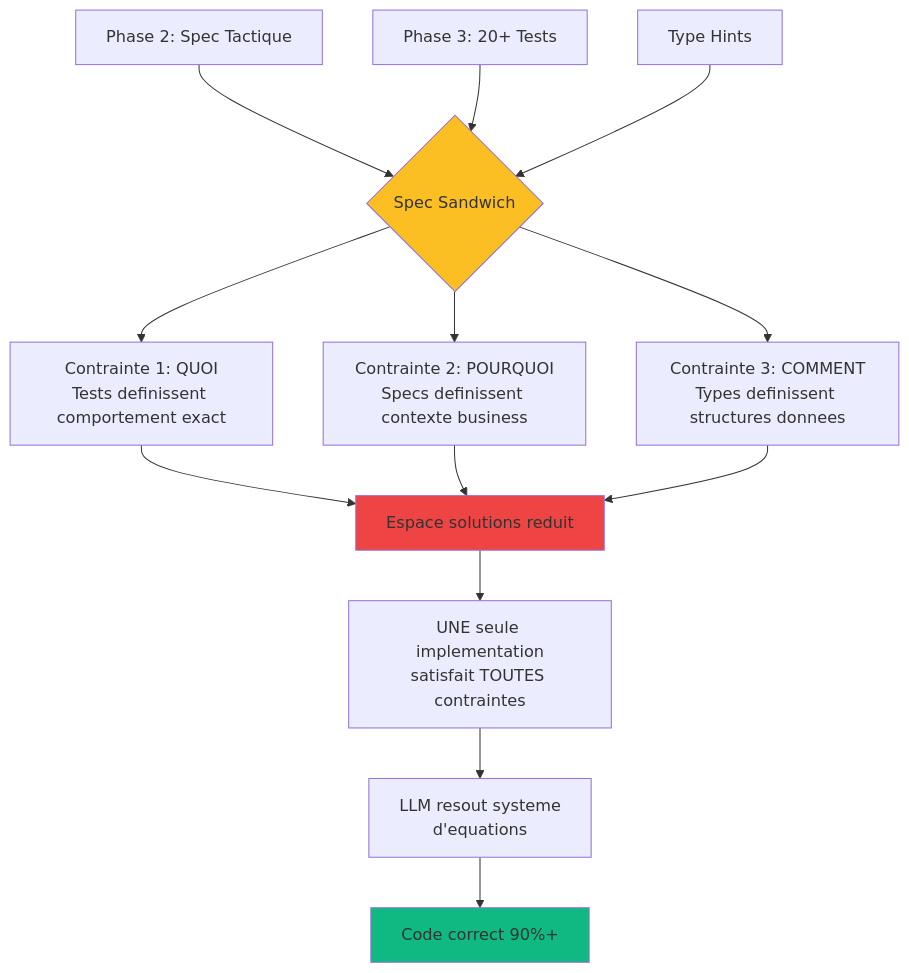
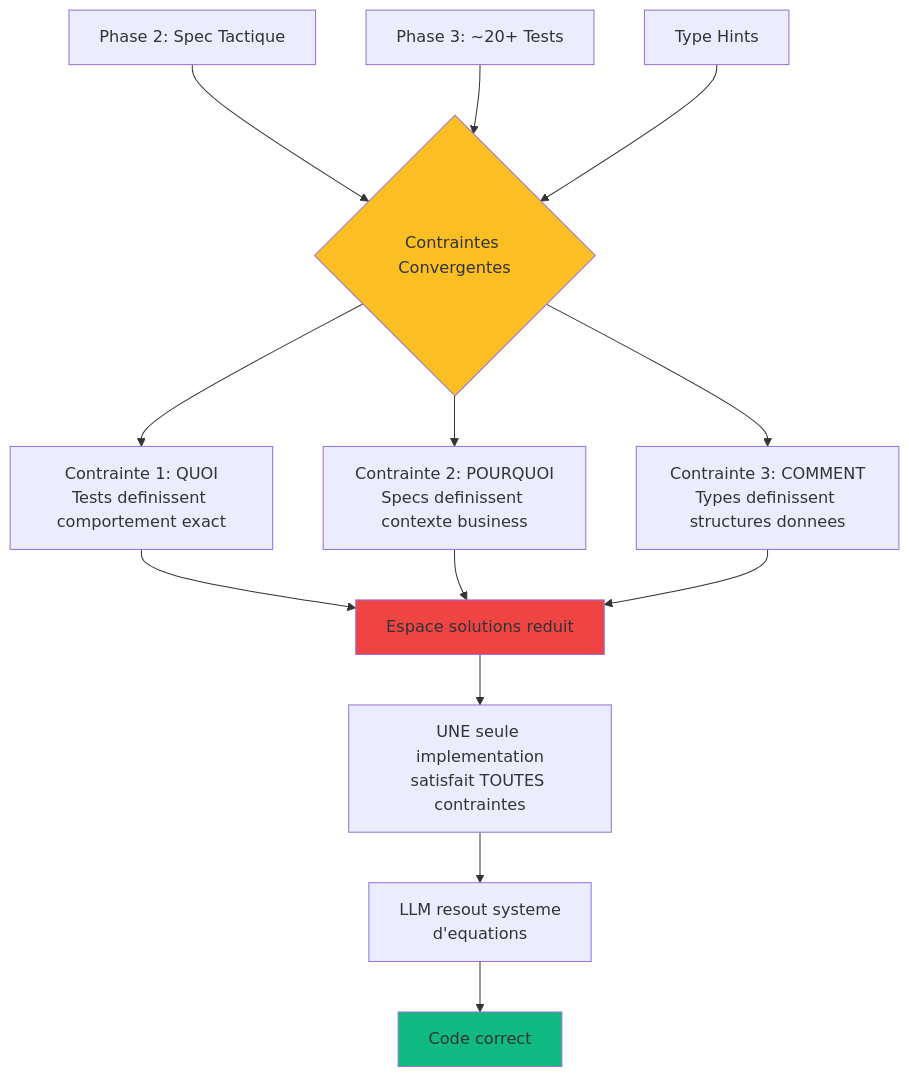
The diagram in src/content/docs/fr/phase4-tdd-green.md (dc2method/dc2-website), drawn with Mermaid before and after one commit. The commit also changed other lines of this file and 63 other files, not shown here.

````diff
--- a/src/content/docs/fr/phase4-tdd-green.md
+++ b/src/content/docs/fr/phase4-tdd-green.md
@@ -59,22 +55,22 @@
 ```mermaid
 graph TD
-    P2[Phase 2: Spec Tactique] --> SS{Spec Sandwich}
-    P3[Phase 3: 20+ Tests] --> SS
+    P2[Phase 2: Spec Tactique] --> SS{Contraintes Convergentes}
+    P3[Phase 3: ~20+ Tests] --> SS
     TH[Type Hints] --> SS
     
     SS --> C1[Contrainte 1: QUOI<br/>Tests definissent comportement exact]
     SS --> C2[Contrainte 2: POURQUOI<br/>Specs definissent contexte business]
     SS --> C3[Contrainte 3: COMMENT<br/>Types definissent structures donnees]
     
     C1 --> SOL[Espace solutions reduit]
     C2 --> SOL
     C3 --> SOL
     
     SOL --> ONE[UNE seule implementation<br/>satisfait TOUTES contraintes]
     ONE --> LLM[LLM resout systeme<br/>d'equations]
-    LLM --> CODE[Code correct 90%+]
+    LLM --> CODE[Code correct]
     
     style SS fill:#fbbf24
     style SOL fill:#ef4444
     style CODE fill:#10b981
 ```
````
